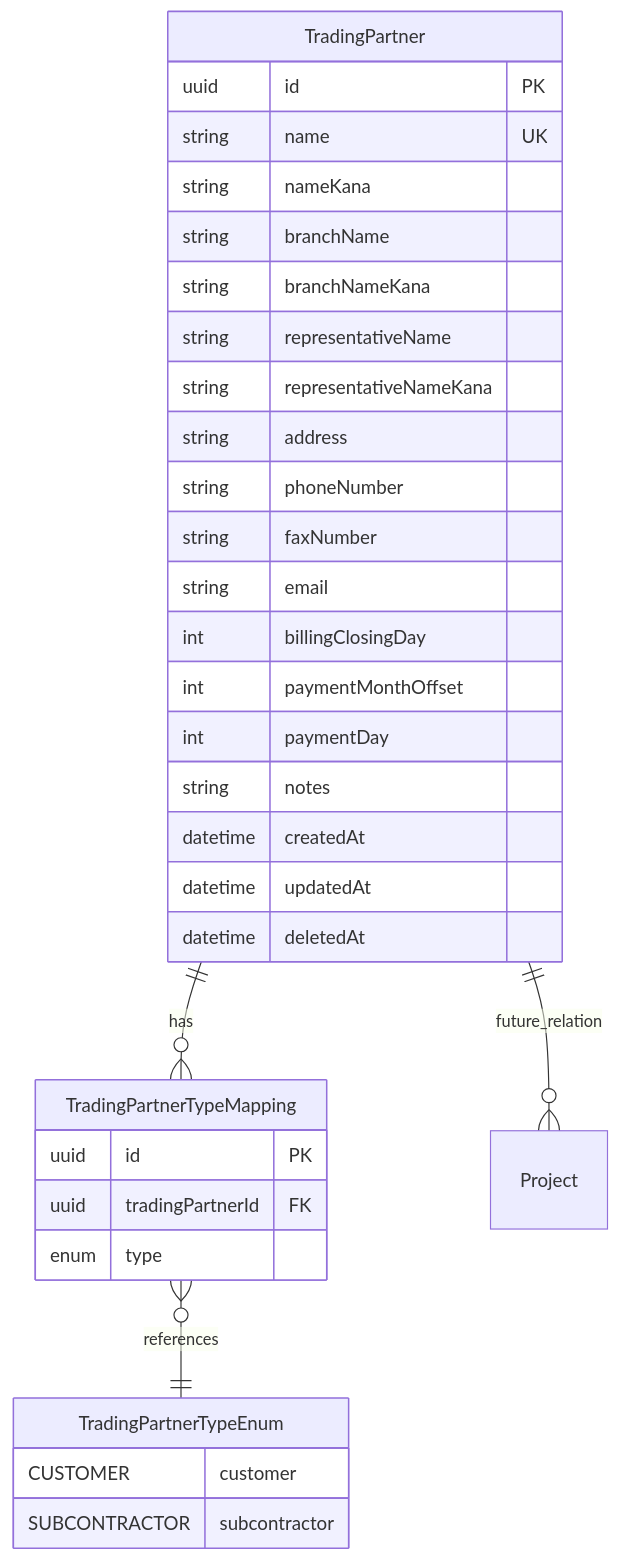
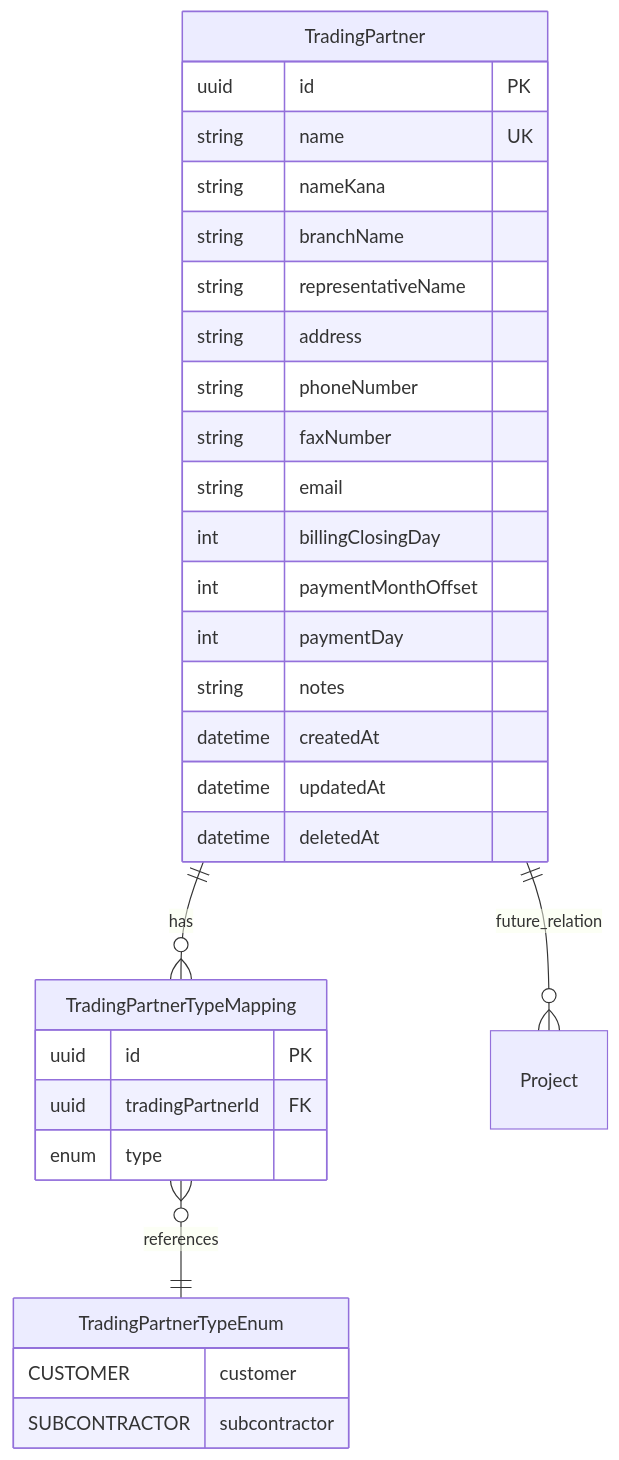
The sixth of 6 diagrams in .kiro/specs/trading-partner-management/design.md (inakanou/ArchiTrack), drawn with Mermaid before and after one commit. The commit also changed other lines of this file and 3 other files, not shown here.

````diff
--- a/.kiro/specs/trading-partner-management/design.md
+++ b/.kiro/specs/trading-partner-management/design.md
@@ -853,38 +937,36 @@
 ```mermaid
 erDiagram
     TradingPartner ||--o{ TradingPartnerTypeMapping : has
     TradingPartner ||--o{ Project : future_relation
     TradingPartnerTypeMapping }o--|| TradingPartnerTypeEnum : references
 
     TradingPartner {
         uuid id PK
         string name UK
         string nameKana
         string branchName
-        string branchNameKana
         string representativeName
-        string representativeNameKana
         string address
         string phoneNumber
         string faxNumber
         string email
         int billingClosingDay
         int paymentMonthOffset
         int paymentDay
         string notes
         datetime createdAt
         datetime updatedAt
         datetime deletedAt
     }
 
     TradingPartnerTypeMapping {
         uuid id PK
         uuid tradingPartnerId FK
         enum type
     }
 
     TradingPartnerTypeEnum {
         CUSTOMER customer
         SUBCONTRACTOR subcontractor
     }
 ```
````
